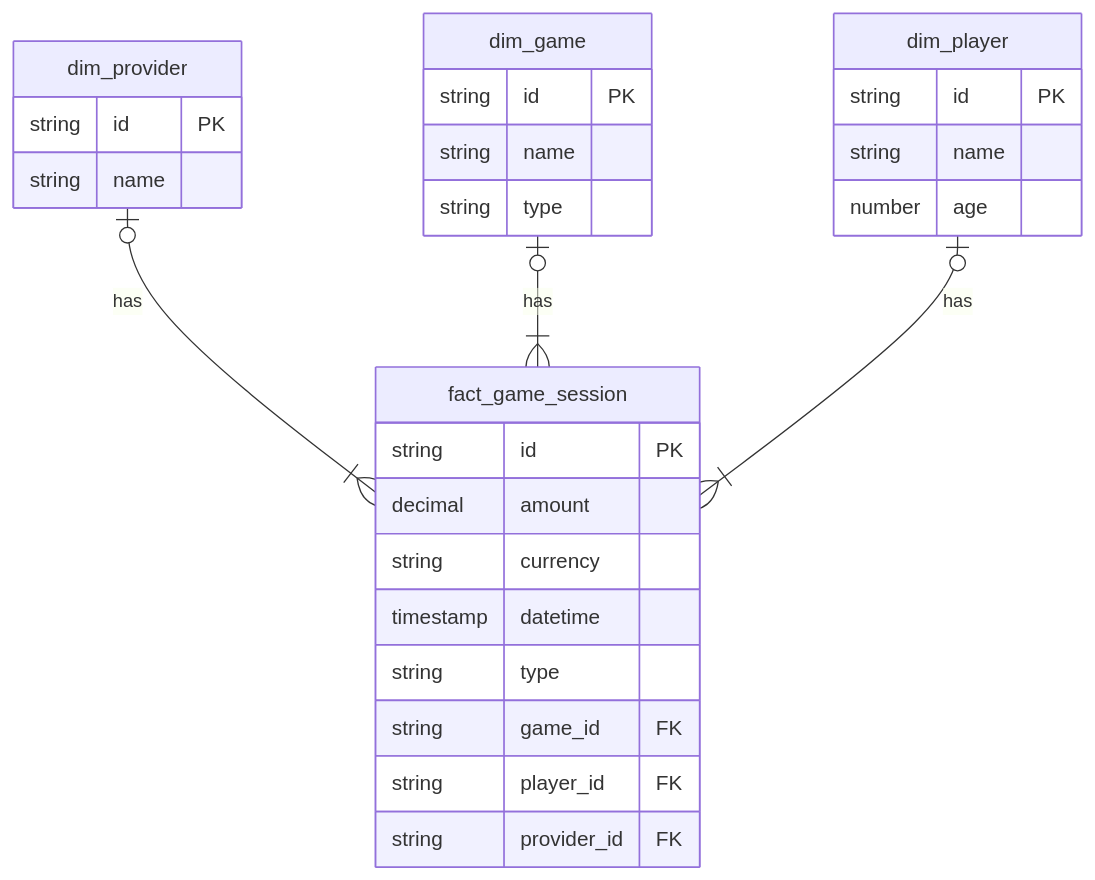
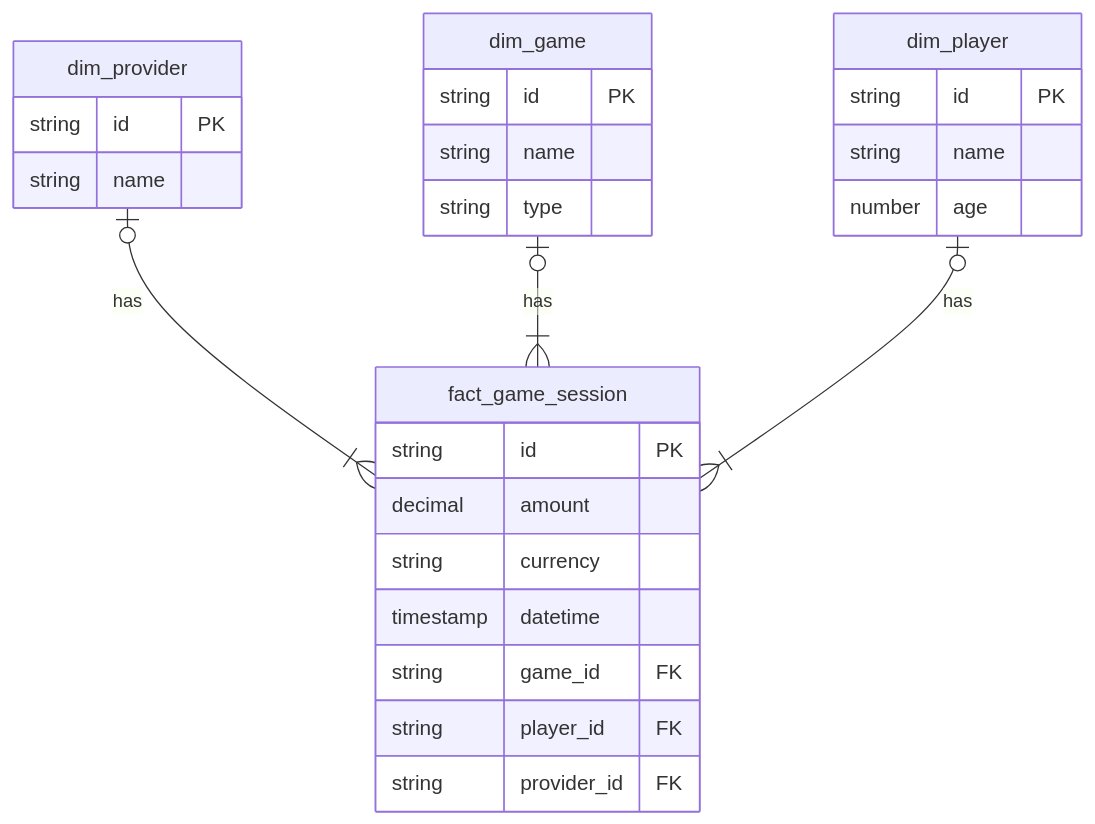
The diagram in docs/olap_diagram.mmd (DaikoneKisu/mineros), drawn with Mermaid before and after one commit.

Commit message:
Extract type from fact because only cuts are important

```diff
--- a/docs/olap_diagram.mmd
+++ b/docs/olap_diagram.mmd
@@ -1,32 +1,31 @@
 erDiagram
     fact_game_session {
         string id PK
         decimal amount
         string currency
         timestamp datetime
-        string type
         string game_id FK
         string player_id FK
         string provider_id FK
     }
 
     dim_provider {
         string id PK
         string name
     }
 
     dim_game {
         string id PK
         string name
         string type
     }
 
     dim_player {
         string id PK
         string name
         number age
     }
 
     dim_provider o|--|{ fact_game_session : has
     dim_game o|--|{ fact_game_session : has
     dim_player o|--|{ fact_game_session : has
```
